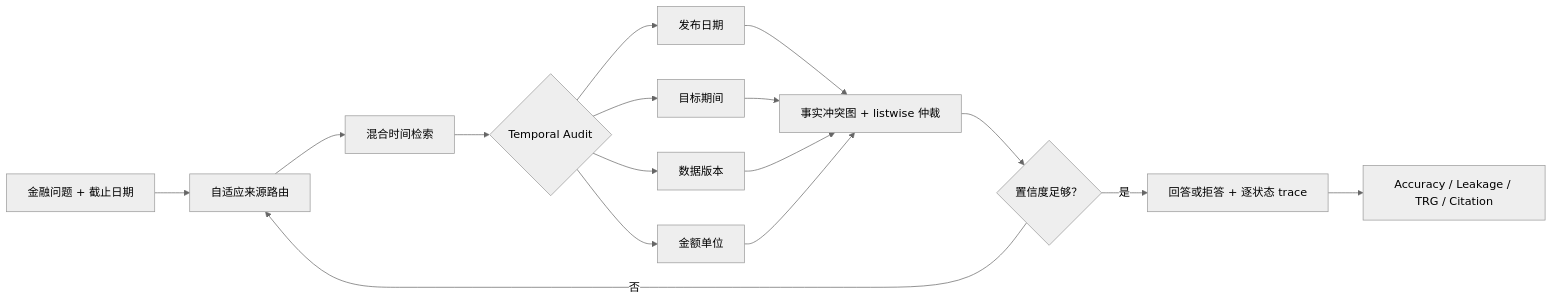
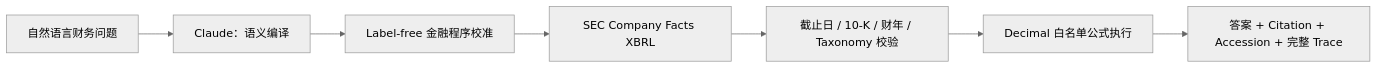
One commit to QiQiyzhu/FinSearchComp-Audit changed the diagram in README.md. Above: the diagram before and after it, drawn with Mermaid (neutral theme). The commit also changed other lines of this file and 28 other files, not shown here.

````diff
--- a/README.md
+++ b/README.md
@@ -194,18 +44,9 @@
 ```mermaid
 flowchart LR
-    Q["金融问题 + 截止日期"] --> R["自适应来源路由"]
-    R --> E["混合时间检索"]
-    E --> D{"Temporal Audit"}
-    D --> C1["发布日期"]
-    D --> C2["目标期间"]
-    D --> C3["数据版本"]
-    D --> C4["金额单位"]
-    C1 --> G["事实冲突图 + listwise 仲裁"]
-    C2 --> G
-    C3 --> G
-    C4 --> G
-    G --> X{"置信度足够？"}
-    X -->|否| R
-    X -->|是| O["回答或拒答 + 逐状态 trace"]
-    O --> M["Accuracy / Leakage / TRG / Citation"]
+    Q["自然语言财务问题"] --> L["Claude：语义编译"]
+    L --> P["Label-free 金融程序校准"]
+    P --> X["SEC Company Facts XBRL"]
+    X --> V["截止日 / 10-K / 财年 / Taxonomy 校验"]
+    V --> C["Decimal 白名单公式执行"]
+    C --> A["答案 + Citation + Accession + 完整 Trace"]
 ```
````
